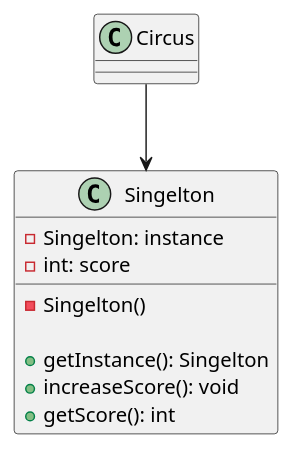
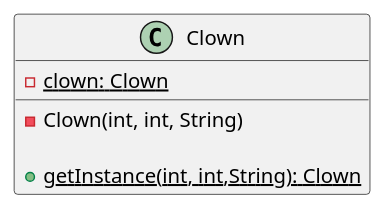
The diagram in UML/Design Patterns/Singelton.wsd (shadyalattarr/Circus-of-Plates), drawn with PlantUML before and after one commit. The commit also changed 2 other files, not shown here.

Commit message:
UML edits

```diff
--- a/UML/Design Patterns/Singelton.wsd
+++ b/UML/Design Patterns/Singelton.wsd
@@ -1,22 +1,10 @@
 @startuml Singelton
 
-class Singelton {
-    -Singelton: instance
-    -int: score
+class Clown{
+    -{static}clown: Clown
 
-    -Singelton()
+    -Clown(int, int, String)
 
-    +getInstance(): Singelton
-    +increaseScore(): void
-    +getScore(): int
-
+    +{static} getInstance(int, int,String): Clown
 }
-
-class Circus {
-
-}
-
-Circus --> Singelton
-
-
 @enduml
```
